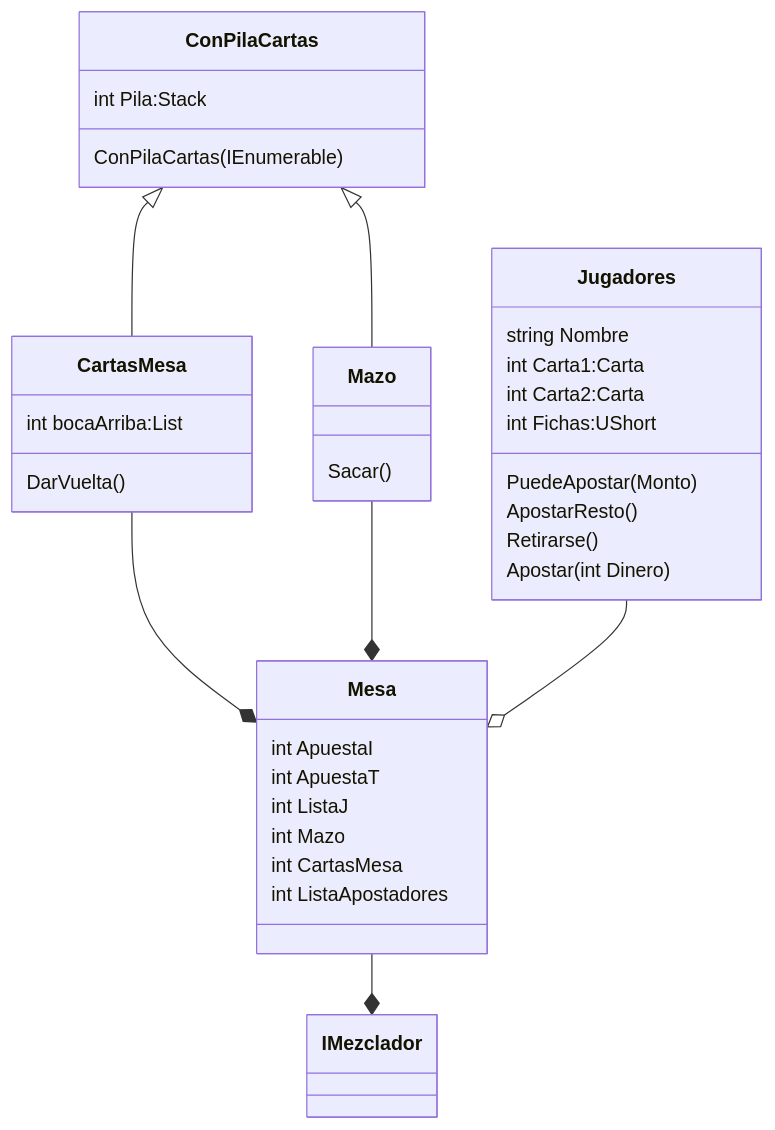
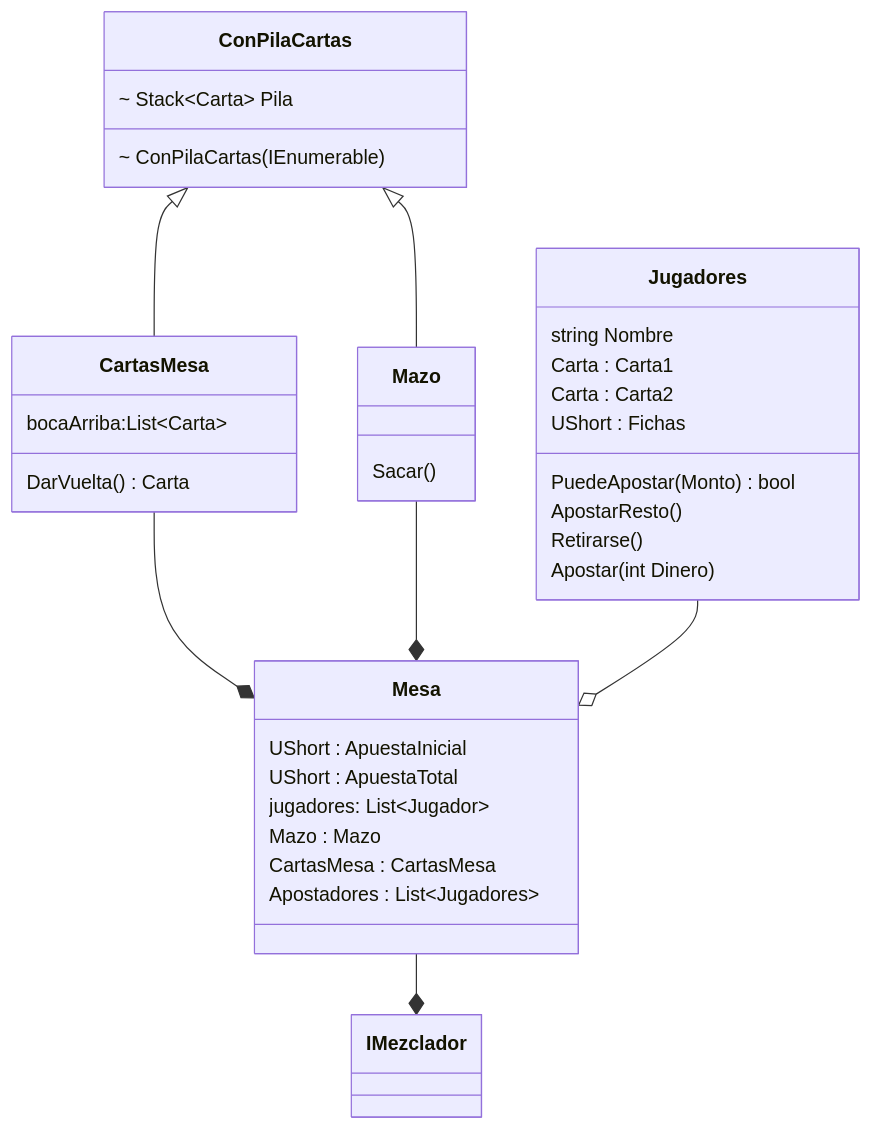
Before and after one commit to luchoxx87/Poker12: the diagram in README.md, drawn with Mermaid.

Commit message:
Diagrama

````diff
--- a/README.md
+++ b/README.md
@@ -2,52 +2,52 @@
 ```mermaid
 classDiagram
 
     ConPilaCartas <|-- CartasMesa
     ConPilaCartas <|-- Mazo
     CartasMesa --* Mesa
     Mazo --* Mesa
     Mesa --* IMezclador
     Jugadores --o Mesa
-    Jugadores : PuedeApostar(Monto)
+    Jugadores : PuedeApostar(Monto) bool
     Jugadores : ApostarResto()
     Jugadores : Retirarse()
     Jugadores : Apostar(int Dinero)
-    ConPilaCartas : ConPilaCartas(IEnumerable<Carta>)
-    CartasMesa : DarVuelta()
+    ConPilaCartas : ~ ConPilaCartas(IEnumerable<Carta>)
+    CartasMesa : DarVuelta() Carta
     Mazo : Sacar()
 
 
     class Jugadores{
         string Nombre
-        int Carta1:Carta
-        int Carta2:Carta
-        int Fichas:UShort
+        Carta : Carta1
+        Carta : Carta2
+        UShort : Fichas
     }
 
     class IMezclador{
 
     }
 
     class Mazo{
 
     }
 
     class CartasMesa{
-        int bocaArriba:List<Carta>
+        bocaArriba:List~Carta~
     }
 
     class Mesa{
-        int ApuestaI
-        int ApuestaT
-        int ListaJ<Jugadores>
-        int Mazo
-        int CartasMesa
-        int ListaApostadores<Jugadores>
+        UShort : ApuestaInicial
+        UShort : ApuestaTotal
+        jugadores: List~Jugador~
+        Mazo : Mazo
+        CartasMesa : CartasMesa
+        Apostadores : List~Jugadores~
     }
 
     class ConPilaCartas{
-        int Pila:Stack<Carta>
+        ~ Stack~Carta~ Pila
     }
 
 
 ```
````
